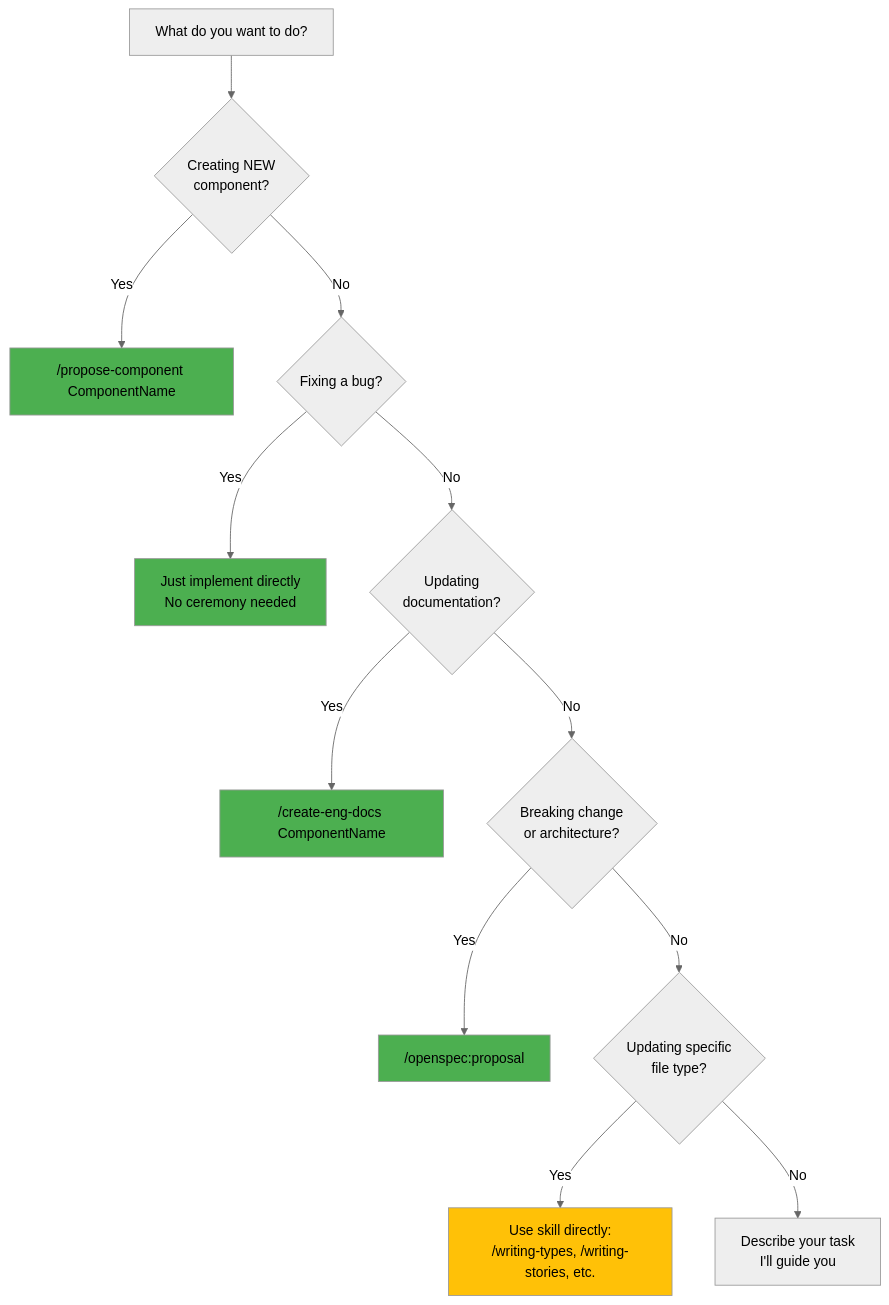
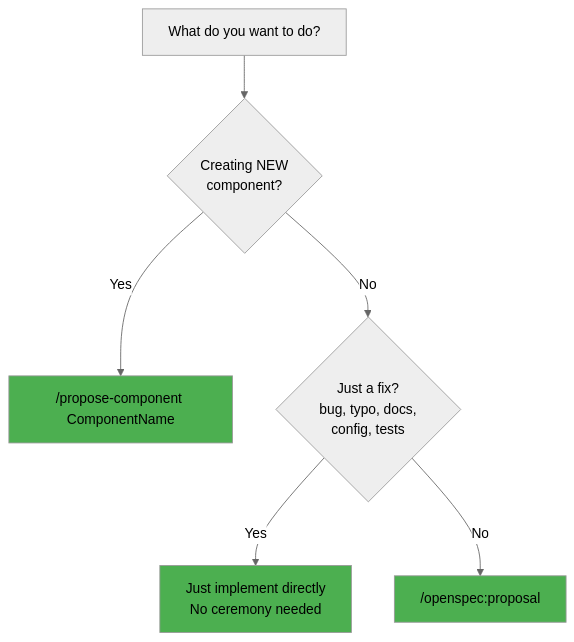
One commit to commercetools/nimbus changed the diagram in CLAUDE.md. Above: the diagram before and after it, drawn with Mermaid (neutral theme). The commit also changed other lines of this file, not shown here.

First line of the commit message:
chore(docs): simplify CLAUDE.md decision tree and OpenSpec guidance

````diff
--- a/CLAUDE.md
+++ b/CLAUDE.md
@@ -28,24 +28,13 @@
 ```mermaid
 flowchart TD
     Start[What do you want to do?] --> A{Creating NEW<br/>component?}
     A -->|Yes| ProposeComponent["/propose-component ComponentName"]
-    A -->|No| B{Fixing a bug?}
+    A -->|No| B{Just a fix?<br/>bug, typo, docs,<br/>config, tests}
 
     B -->|Yes| DirectFix["Just implement directly<br/>No ceremony needed"]
-    B -->|No| C{Updating<br/>documentation?}
-
-    C -->|Yes| CreateDocs["/create-eng-docs ComponentName"]
-    C -->|No| D{Breaking change<br/>or architecture?}
-
-    D -->|Yes| OpenSpec["/openspec:proposal"]
-    D -->|No| E{Updating specific<br/>file type?}
-
-    E -->|Yes| UseSkill["Use skill directly:<br/>/writing-types, /writing-stories, etc."]
-    E -->|No| Other["Describe your task<br/>I'll guide you"]
+    B -->|No| OpenSpec["/openspec:proposal"]
 
     style ProposeComponent fill:#4CAF50
     style DirectFix fill:#4CAF50
-    style CreateDocs fill:#4CAF50
     style OpenSpec fill:#4CAF50
-    style UseSkill fill:#FFC107
 ```
````
